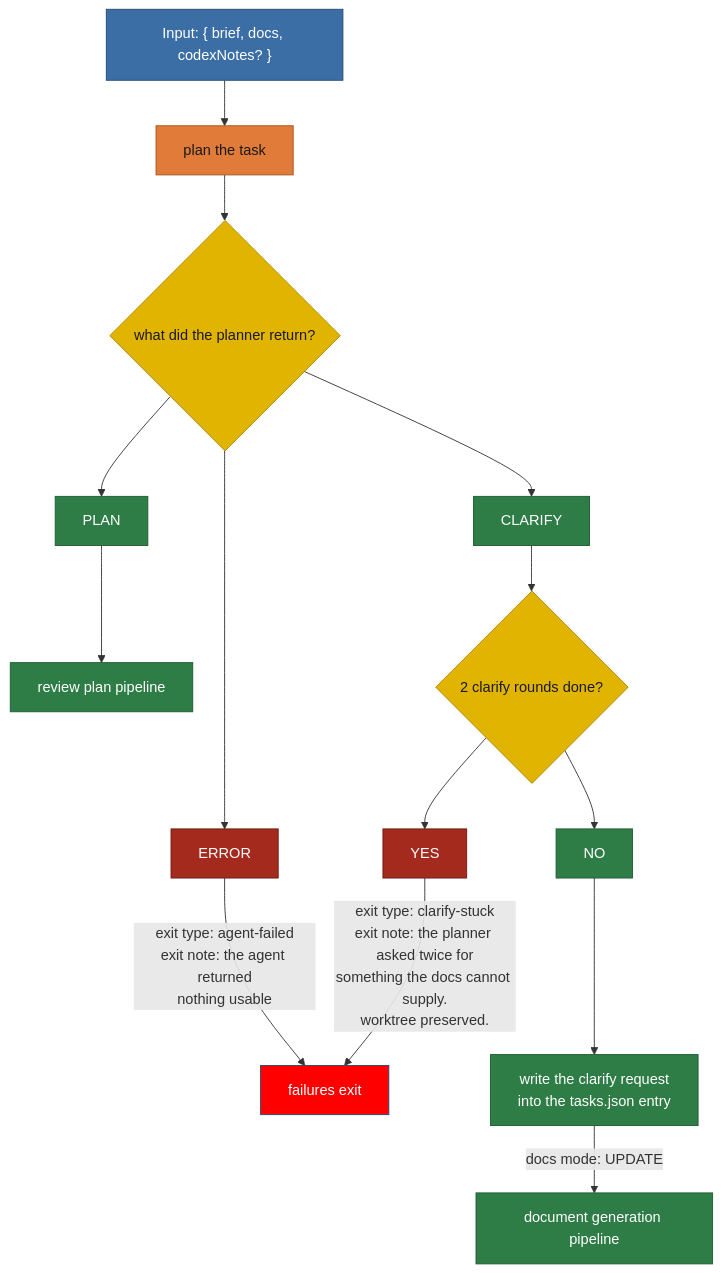
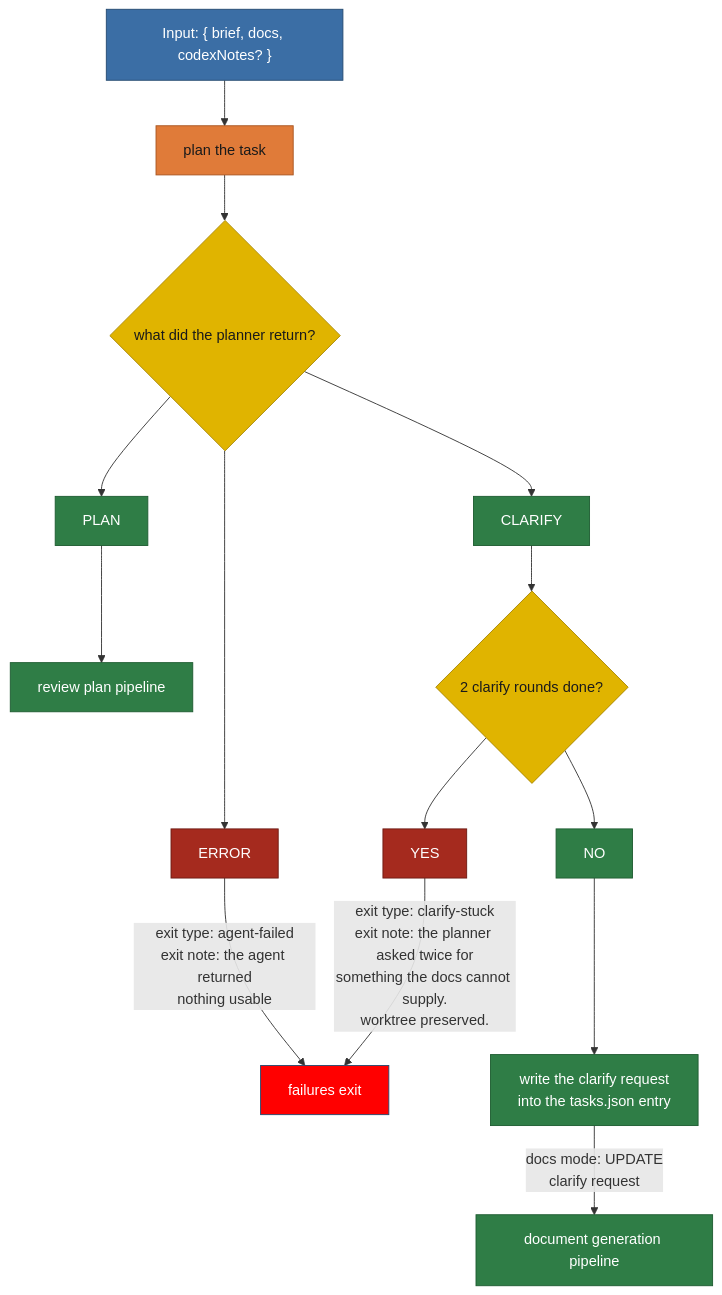
The diagram in plans/diagram/pipeline-plan.mmd (matkatmusic/taskTools), drawn with Mermaid before and after one commit. The commit also changed 15 other files, not shown here.

Commit message:
cleaned up comments in pipeline diagrams

```diff
--- a/plans/diagram/pipeline-plan.mmd
+++ b/plans/diagram/pipeline-plan.mmd
@@ -1,77 +1,58 @@
 flowchart TB
 %% PLAN PIPELINE. Split from pipeline-planning.mmd.
-%% Input: a task entry and the auto generated docs, from the document generation
-%% pipeline.
+%% ---
+%% Input: a task entry and the auto generated docs.
+%% ---
 %% One job: turn the tasks.json entry into a plan file.
-%% Starts at "plan the task". Ends with a draft plan, back in document
-%% generation, or with an exit.
-%% Rules that apply everywhere, not steps:
-%%   1. Every read and write of tasks.json is atomic.
-%%   2. The planner reads the tasks.json entry and the docs, nothing else. That is
-%%      why the review plan pipeline writes codex's notes into the entry before it
-%%      sends the run back here: a bare retry would repeat the first plan's
-%%      mistakes.
-%%   3. A subagent cannot ask the user anything. CLARIFY is how the planner says
-%%      it needs something it was not given - an answer, or a file the entry did
-%%      not list. It goes back to document generation in UPDATE mode so the docs
-%%      are rebuilt to cover it, then the planner runs again.
-%%   4. The clarify request itself is written into the tasks.json entry before the
-%%      loop turns, for the same reason codex's notes are: the planner reads the
-%%      entry and the docs and nothing else. A bare "rebuild the docs" tells the
-%%      document generation pipeline nothing about WHAT was missing, so it would
-%%      rebuild the same docs and the planner would ask the same question forever.
-%%   5. The loop is capped at 2 clarify rounds, like every other loop in the
-%%      pipeline. There is no user to answer, so a third round cannot learn
-%%      anything a second did not. The cap counts rounds within THIS run only.
-%%   6. A script that fails operationally exits the run as run-failed. The task is
-%%      already active and a worktree already exists here, so the failures exit
-%%      runs in full.
-%% Box definitions where the name alone is not enough:
-%%   what did the planner return?  - three outcomes: PLAN, CLARIFY, ERROR.
-%%                                   ERROR is agent() returning null or garbage.
+%% ---
+%% CLARIFY is capped at 2 rounds, counted within this run only.
+%% ---
+%% The clarify request is written into the tasks.json entry first.
+%% ---
+%% Without it, document generation cannot know what to rebuild.
+%% ---
+%% A script that fails operationally exits the run as run-failed.
+%% ---
 %% Exit types this pipeline can produce:
-%%   agent-failed       - an agent returned nothing usable
-%%   clarify-stuck      - the planner asked twice for something the docs cannot
-%%                        supply
-%%   run-failed         - a script failed operationally
-%% run-failed is deliberately not drawn as an edge out of every box. It can leave
-%% ANY green box, so drawing it would add one edge per box and hide the flow.
-%% The draft plan this pipeline emits is the input to the review plan pipeline.
-%% The review plan pipeline re-enters here when codex does not accept the plan.
+%% ---
+%% agent-failed - an agent returned nothing usable
+%% ---
+%% clarify-stuck - the planner asked twice for what the docs cannot supply
 
   DOCS_INPUT["Input: { brief, docs, codexNotes? }"] --> PLAN_THE_TASK
   PLAN_THE_TASK["plan the task"] --> WHAT_DID_THE_PLANNER_RETURN{"what did the planner return?"}
   WHAT_DID_THE_PLANNER_RETURN --> PLANNER_RETURNED_PLAN["PLAN"]
   WHAT_DID_THE_PLANNER_RETURN --> PLANNER_RETURNED_CLARIFY["CLARIFY"]
   WHAT_DID_THE_PLANNER_RETURN --> PLANNER_RETURNED_ERROR["ERROR"]
 
   PLANNER_RETURNED_PLAN --> REVIEW_PLAN_PIPELINE["review plan pipeline"]
   PLANNER_RETURNED_ERROR -- "exit type: agent-failed<br/>exit note: the agent returned<br/>nothing usable" --> EXIT_WORKFLOW
 
   PLANNER_RETURNED_CLARIFY --> ARE_2_CLARIFY_ROUNDS_DONE{"2 clarify rounds done?"}
   ARE_2_CLARIFY_ROUNDS_DONE --> ARE_2_CLARIFY_ROUNDS_DONE_NO["NO"]
   ARE_2_CLARIFY_ROUNDS_DONE --> ARE_2_CLARIFY_ROUNDS_DONE_YES["YES"]
   ARE_2_CLARIFY_ROUNDS_DONE_NO --> WRITE_CLARIFY_REQUEST["write the clarify request<br/>into the tasks.json entry"]
-  WRITE_CLARIFY_REQUEST -- "docs mode: UPDATE" --> DOCUMENT_GENERATION_PIPELINE["document generation pipeline"]
+  WRITE_CLARIFY_REQUEST -- "docs mode: UPDATE<br/>clarify request" --> DOCUMENT_GENERATION_PIPELINE["document generation pipeline"]
   ARE_2_CLARIFY_ROUNDS_DONE_YES -- "exit type: clarify-stuck<br/>exit note: the planner asked twice for<br/>something the docs cannot supply.<br/>worktree preserved." --> EXIT_WORKFLOW
 
   EXIT_WORKFLOW["failures exit"]
 
-  %% pass/nopass: green is the branch that keeps heading for the next pipeline,
-  %% red is the branch that ends in an exit.
+  %% Green heads for the next pipeline.
+  %% ---
+  %% Red ends in an exit.
   classDef pipeline fill:#2f7d46,stroke:#1e5c31,color:#ffffff
   classDef script fill:#2f7d46,stroke:#1e5c31,color:#ffffff
   classDef agent fill:#e07b39,stroke:#a8541f,color:#1a1a1a
   classDef decision fill:#e0b400,stroke:#a88600,color:#1a1a1a
   classDef output fill:#3b6ea5,stroke:#254a70,color:#ffffff
   classDef fail fill:red,stroke:#254a70,color:#ffffff
   classDef pass fill:#2f7d46,stroke:#1e5c31,color:#ffffff
   classDef nopass fill:#a52a1e,stroke:#6d1a12,color:#ffffff
   class WHAT_DID_THE_PLANNER_RETURN,ARE_2_CLARIFY_ROUNDS_DONE decision
   class PLAN_THE_TASK agent
   class WRITE_CLARIFY_REQUEST script
   class REVIEW_PLAN_PIPELINE,DOCUMENT_GENERATION_PIPELINE pipeline
   class PLANNER_RETURNED_PLAN,PLANNER_RETURNED_CLARIFY,ARE_2_CLARIFY_ROUNDS_DONE_NO pass
   class PLANNER_RETURNED_ERROR,ARE_2_CLARIFY_ROUNDS_DONE_YES nopass
   class EXIT_WORKFLOW fail
   class DOCS_INPUT output
```
